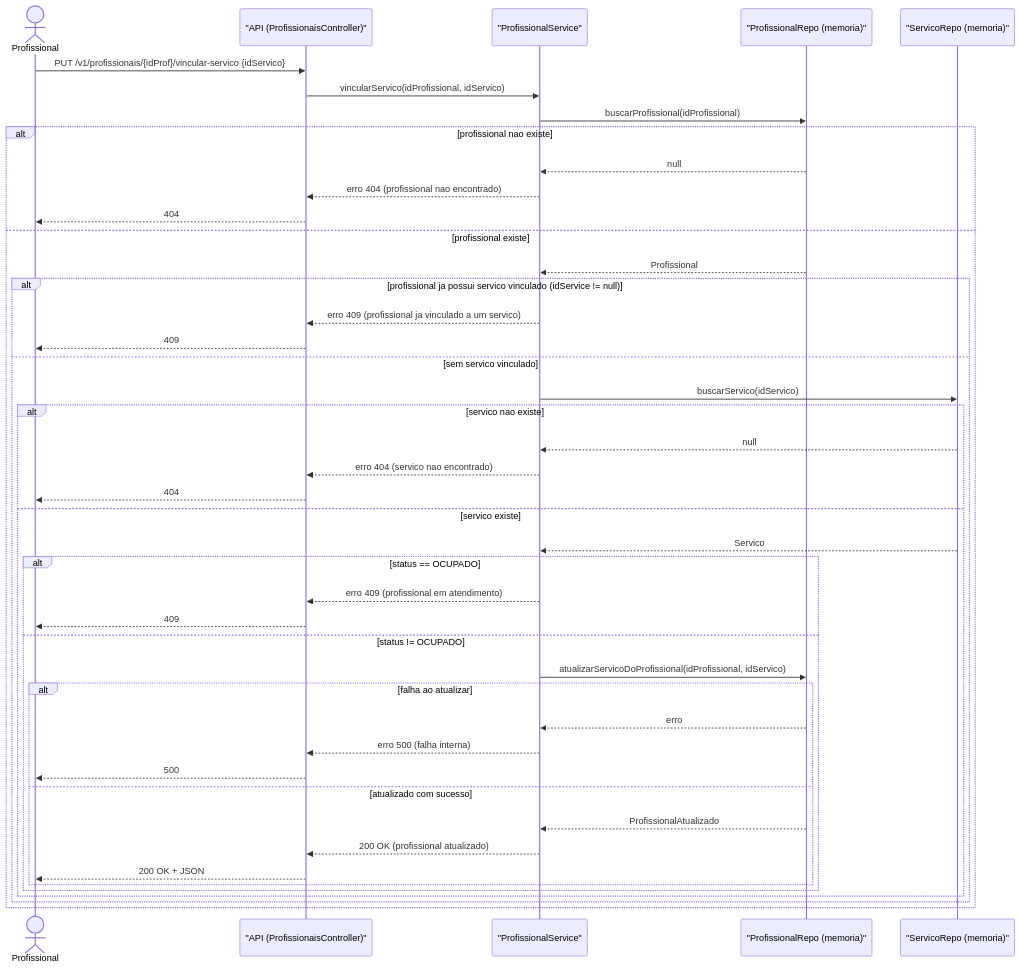
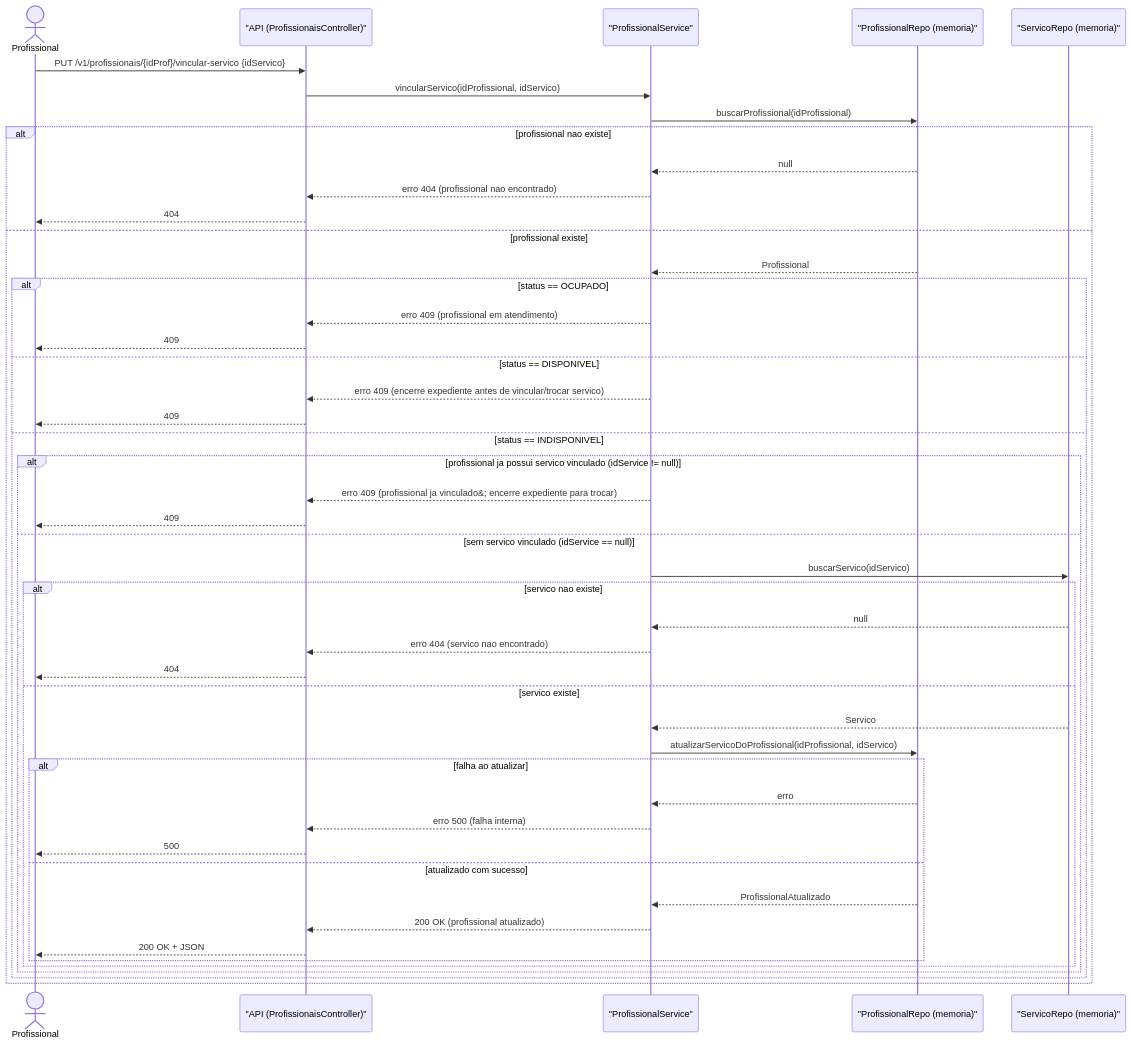
Before and after one commit to IsabelaSiqueira1/systemPDI: the fifth of 11 diagrams in docs/sequence_diagram.md, drawn with Mermaid. The commit also changed other lines of this file and 3 other files, not shown here.

Commit message:
atualização dos diagramas de classe, sequência e requisitos, incluindo ajustes na documentação e novas regras de negócio

````diff
--- a/docs/sequence_diagram.md
+++ b/docs/sequence_diagram.md
@@ -407,51 +399,56 @@
 ```mermaid
 
 sequenceDiagram
     actor Prof as Profissional
     participant API as "API (ProfissionaisController)"
     participant SVC as "ProfissionalService"
     participant PRepo as "ProfissionalRepo (memoria)"
     participant SRepo as "ServicoRepo (memoria)"
 
     Prof->>API: PUT /v1/profissionais/{idProf}/vincular-servico {idServico}
     API->>SVC: vincularServico(idProfissional, idServico)
 
     SVC->>PRepo: buscarProfissional(idProfissional)
     alt profissional nao existe
         PRepo-->>SVC: null
         SVC-->>API: erro 404 (profissional nao encontrado)
         API-->>Prof: 404
     else profissional existe
         PRepo-->>SVC: Profissional
 
-        alt profissional ja possui servico vinculado (idService != null)
-            SVC-->>API: erro 409 (profissional ja vinculado a um servico)
+        alt status == OCUPADO
+            SVC-->>API: erro 409 (profissional em atendimento)
             API-->>Prof: 409
-        else sem servico vinculado
-            SVC->>SRepo: buscarServico(idServico)
-            alt servico nao existe
-                SRepo-->>SVC: null
-                SVC-->>API: erro 404 (servico nao encontrado)
-                API-->>Prof: 404
-            else servico existe
-                SRepo-->>SVC: Servico
+        else status == DISPONIVEL
+            SVC-->>API: erro 409 (encerre expediente antes de vincular/trocar servico)
+            API-->>Prof: 409
+        else status == INDISPONIVEL
 
-                alt status == OCUPADO
-                    SVC-->>API: erro 409 (profissional em atendimento)
-                    API-->>Prof: 409
-                else status != OCUPADO
+            alt profissional ja possui servico vinculado (idService != null)
+                SVC-->>API: erro 409 (profissional ja vinculado&#59; encerre expediente para trocar)
+                API-->>Prof: 409
+            else sem servico vinculado (idService == null)
+
+                SVC->>SRepo: buscarServico(idServico)
+                alt servico nao existe
+                    SRepo-->>SVC: null
+                    SVC-->>API: erro 404 (servico nao encontrado)
+                    API-->>Prof: 404
+                else servico existe
+                    SRepo-->>SVC: Servico
+
                     SVC->>PRepo: atualizarServicoDoProfissional(idProfissional, idServico)
                     alt falha ao atualizar
                         PRepo-->>SVC: erro
                         SVC-->>API: erro 500 (falha interna)
                         API-->>Prof: 500
                     else atualizado com sucesso
                         PRepo-->>SVC: ProfissionalAtualizado
                         SVC-->>API: 200 OK (profissional atualizado)
                         API-->>Prof: 200 OK + JSON
                     end
                 end
             end
         end
     end
 ```
````
